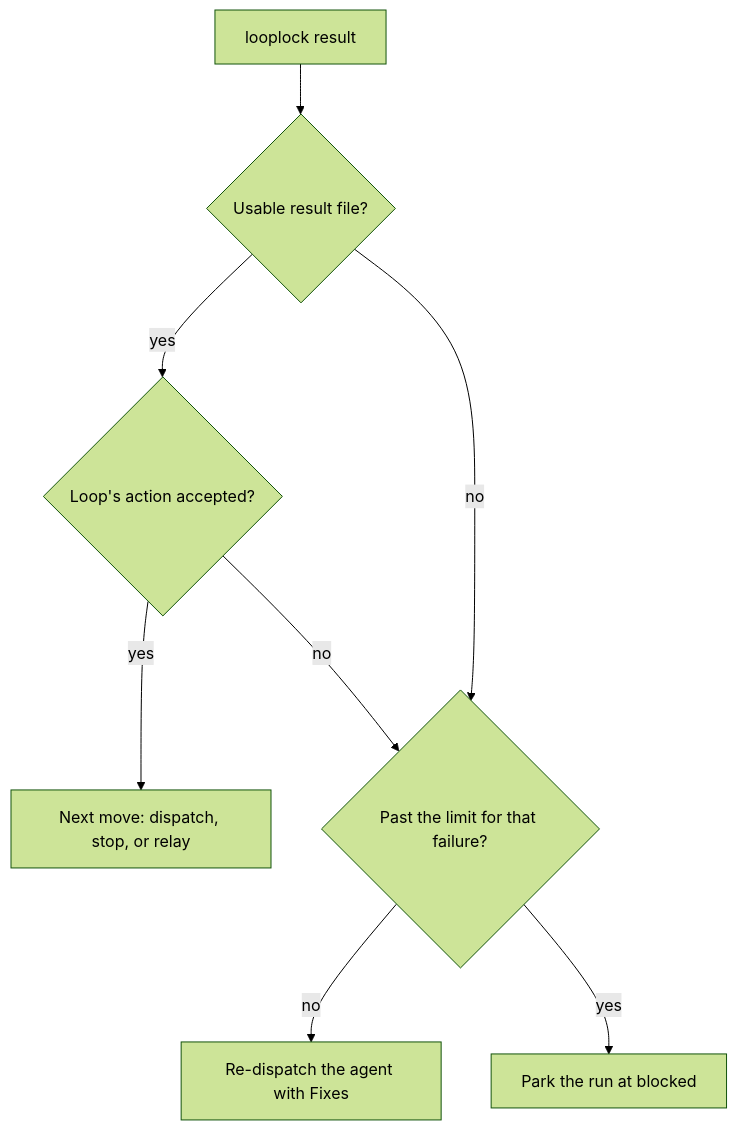
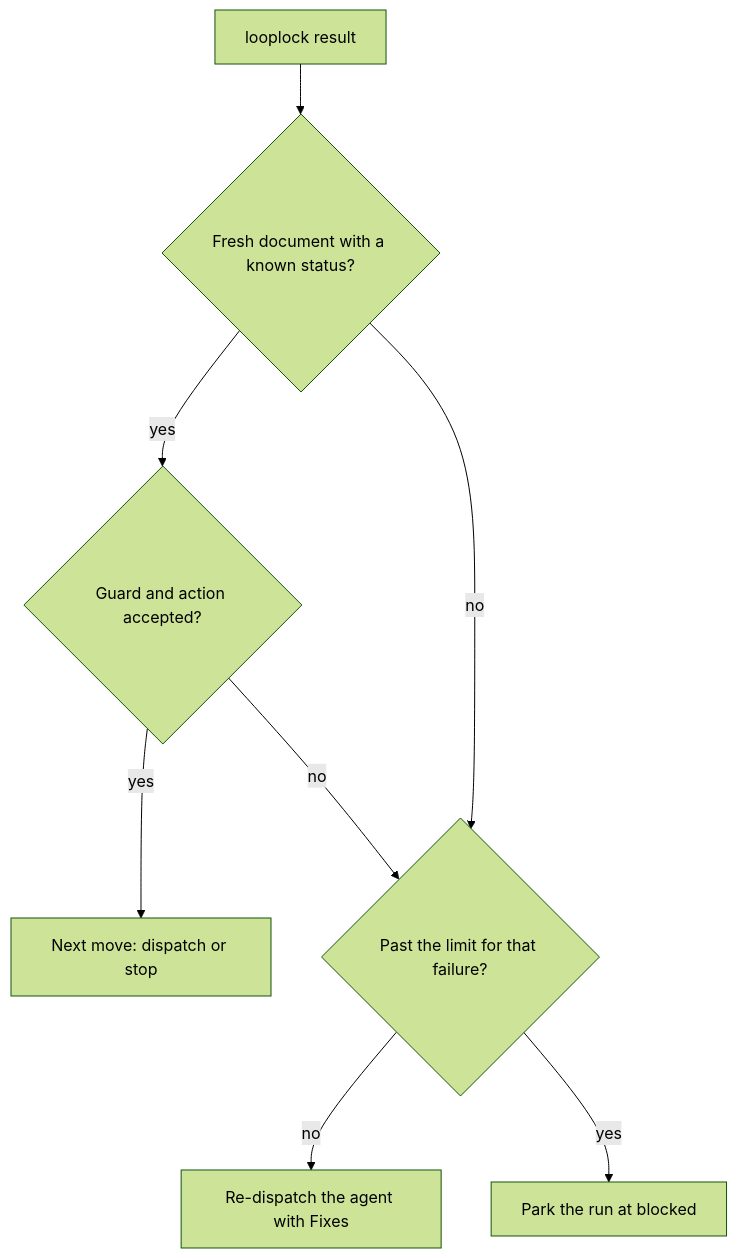
One commit to push-based/iterward changed the diagram in docs/protocol.md. Above: the diagram before and after it, drawn with Mermaid (forest theme). The commit also changed other lines of this file and 116 other files, not shown here.

````diff
--- a/docs/protocol.md
+++ b/docs/protocol.md
@@ -36,10 +73,10 @@
 ```mermaid
 flowchart TD
-    R["looplock result"] --> V{"Usable result file?"}
-    V -- "yes" --> A{"Loop's action accepted?"}
-    A -- "yes" --> N["Next move: dispatch, stop, or relay"]
+    R["looplock result"] --> V{"Fresh document with a known status?"}
+    V -- "yes" --> A{"Guard and action accepted?"}
+    A -- "yes" --> N["Next move: dispatch or stop"]
     V -- "no" --> L{"Past the limit for that failure?"}
     A -- "no" --> L
     L -- "no" --> RD["Re-dispatch the agent with Fixes"]
     L -- "yes" --> P["Park the run at blocked"]
 ```
````
